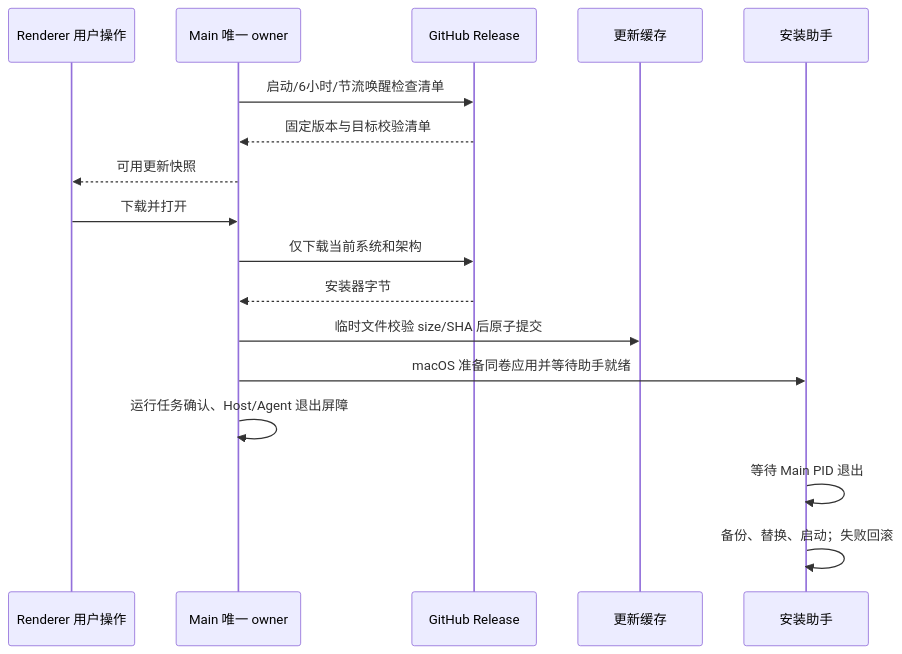
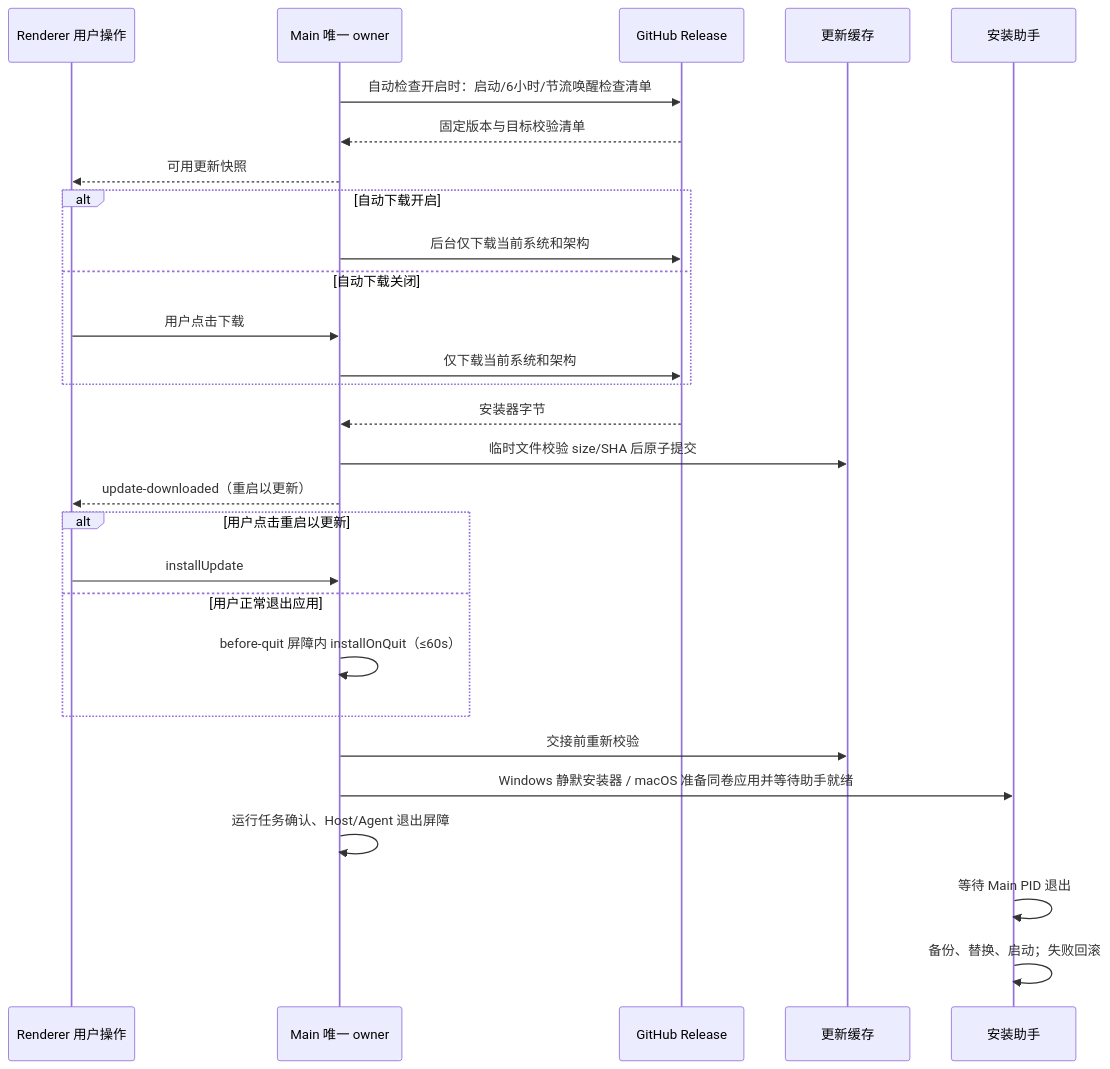
Before and after one commit to OpenX123/ZCode: the diagram in docs/desktop/github-desktop-update-spec.md, drawn with Mermaid. The commit also changed other lines of this file and 21 other files, not shown here.

First line of the commit message:
feat(update): auto-check/auto-download settings and install on quit

````diff
--- a/docs/desktop/github-desktop-update-spec.md
+++ b/docs/desktop/github-desktop-update-spec.md
@@ -33,19 +44,30 @@
 ```mermaid
 sequenceDiagram
     participant U as Renderer 用户操作
     participant M as Main 唯一 owner
     participant G as GitHub Release
     participant F as 更新缓存
     participant S as 安装助手
-    M->>G: 启动/6小时/节流唤醒检查清单
+    M->>G: 自动检查开启时：启动/6小时/节流唤醒检查清单
     G-->>M: 固定版本与目标校验清单
     M-->>U: 可用更新快照
-    U->>M: 下载并打开
-    M->>G: 仅下载当前系统和架构
+    alt 自动下载开启
+        M->>G: 后台仅下载当前系统和架构
+    else 自动下载关闭
+        U->>M: 用户点击下载
+        M->>G: 仅下载当前系统和架构
+    end
     G-->>M: 安装器字节
     M->>F: 临时文件校验 size/SHA 后原子提交
-    M->>S: macOS 准备同卷应用并等待助手就绪
+    M-->>U: update-downloaded（重启以更新）
+    alt 用户点击重启以更新
+        U->>M: installUpdate
+    else 用户正常退出应用
+        M->>M: before-quit 屏障内 installOnQuit（≤60s）
+    end
+    M->>F: 交接前重新校验
+    M->>S: Windows 静默安装器 / macOS 准备同卷应用并等待助手就绪
     M->>M: 运行任务确认、Host/Agent 退出屏障
     S->>S: 等待 Main PID 退出
     S->>S: 备份、替换、启动；失败回滚
 ```
````
